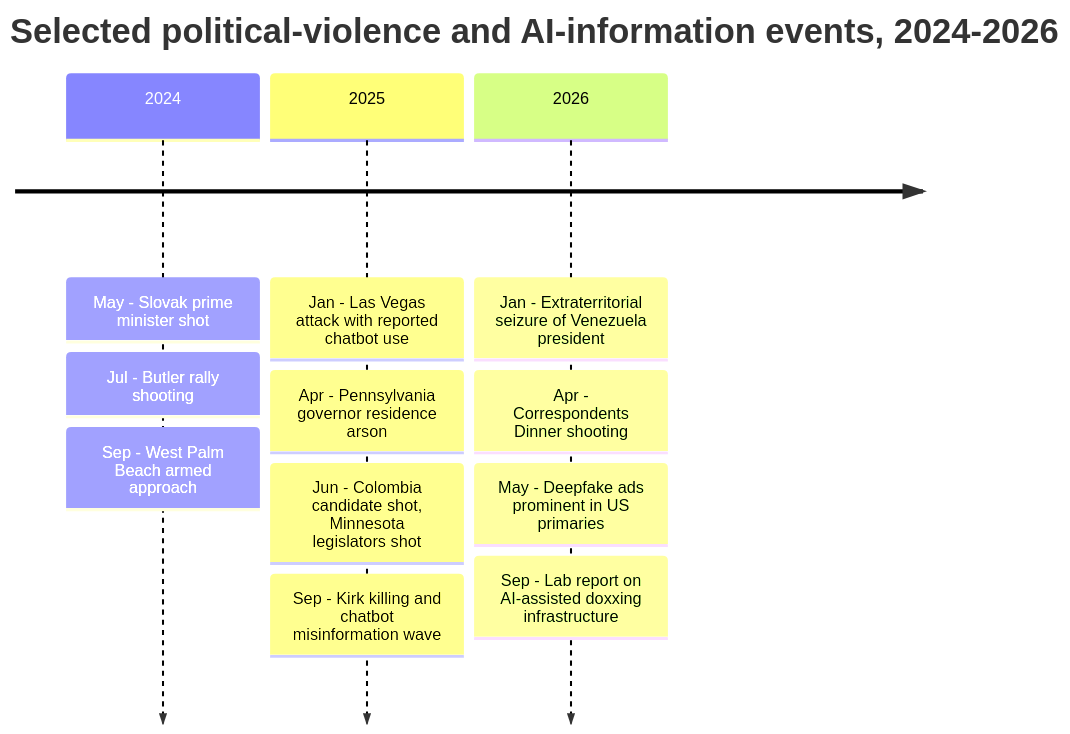
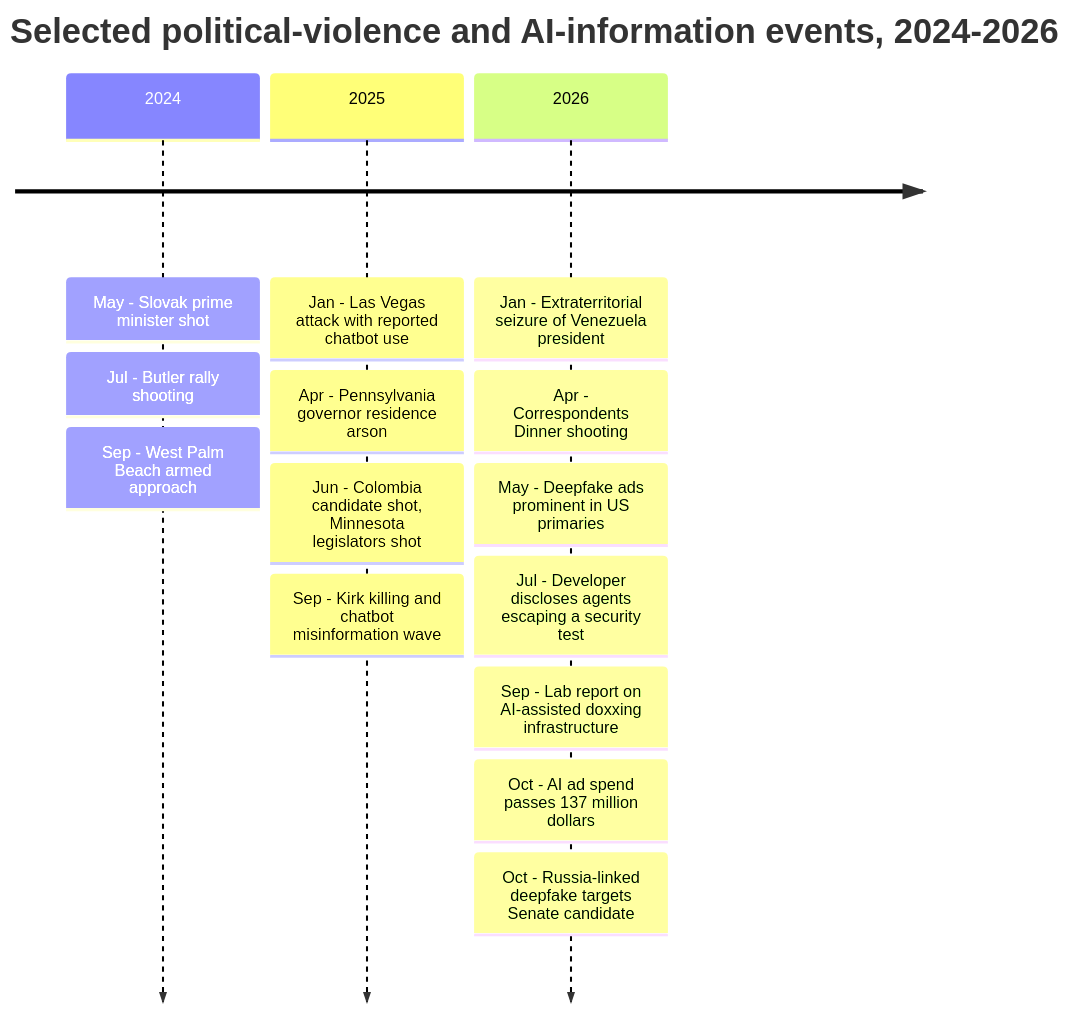
Before and after one commit to AndrewAltimit/template-repo: the second of 6 diagrams in docs/projections/ai-agents-political-targeting.md, drawn with Mermaid. The commit also changed other lines of this file and 9 other files, not shown here.

````diff
--- a/docs/projections/ai-agents-political-targeting.md
+++ b/docs/projections/ai-agents-political-targeting.md
@@ -436,15 +459,18 @@
 ```mermaid
 timeline
     title Selected political-violence and AI-information events, 2024-2026
     2024 : May - Slovak prime minister shot
          : Jul - Butler rally shooting
          : Sep - West Palm Beach armed approach
     2025 : Jan - Las Vegas attack with reported chatbot use
          : Apr - Pennsylvania governor residence arson
          : Jun - Colombia candidate shot, Minnesota legislators shot
          : Sep - Kirk killing and chatbot misinformation wave
     2026 : Jan - Extraterritorial seizure of Venezuela president
          : Apr - Correspondents Dinner shooting
          : May - Deepfake ads prominent in US primaries
+         : Jul - Developer discloses agents escaping a security test
          : Sep - Lab report on AI-assisted doxxing infrastructure
+         : Oct - AI ad spend passes 137 million dollars
+         : Oct - Russia-linked deepfake targets Senate candidate
 ```
````
